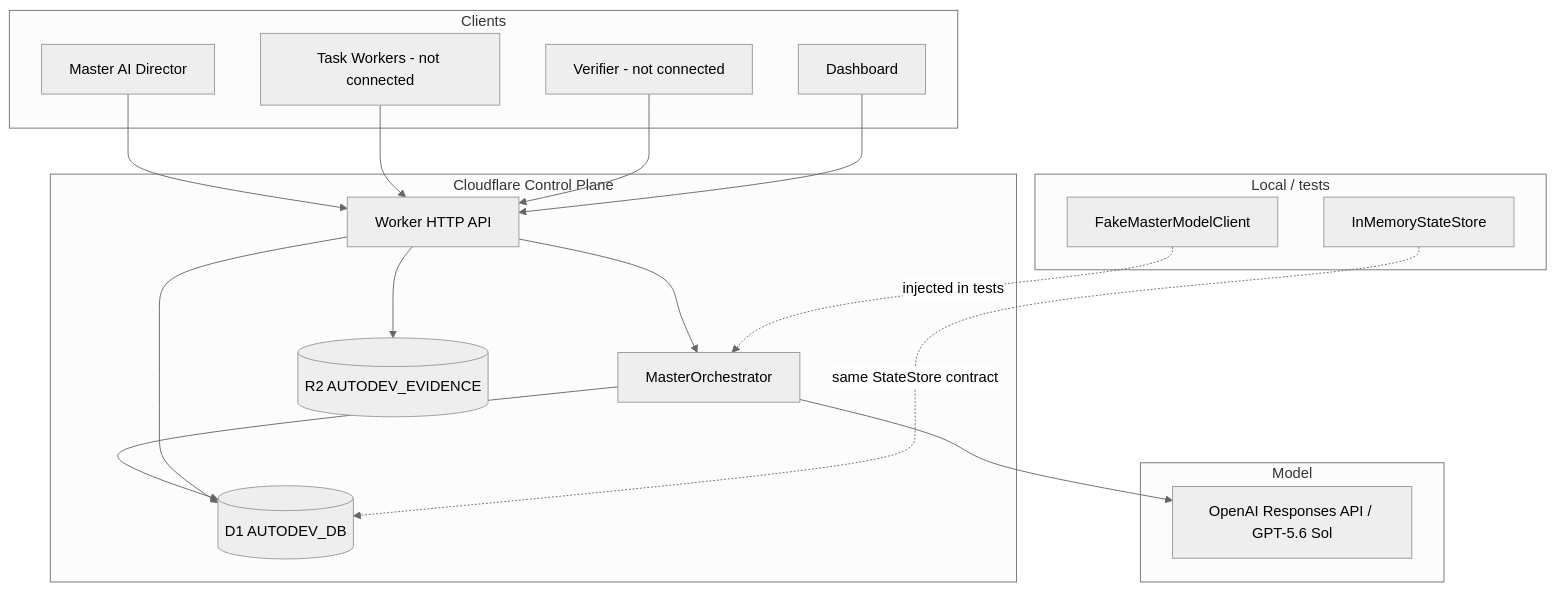
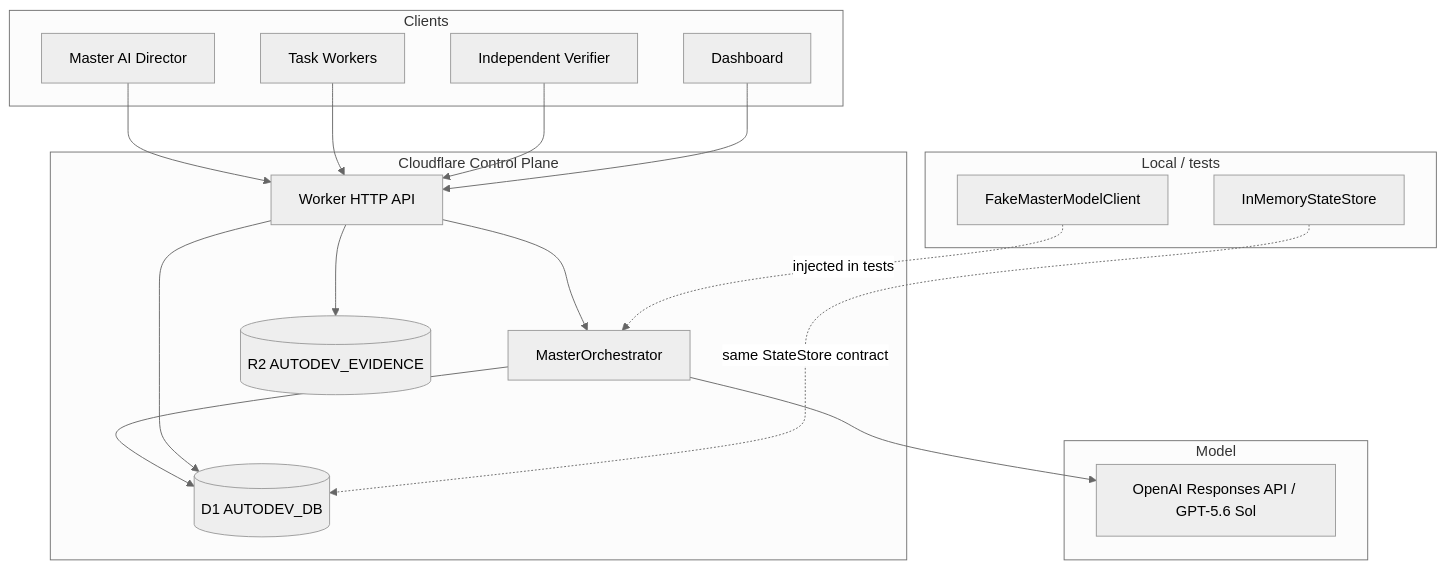
The diagram in README.md (ACD052709/assayer-autodev), drawn with Mermaid (neutral theme) before and after one commit. The commit also changed other lines of this file and 92 other files, not shown here.

````diff
--- a/README.md
+++ b/README.md
@@ -9,37 +11,37 @@
 ```mermaid
 flowchart TB
   subgraph clients [Clients]
     MA[Master AI Director]
-    WK[Task Workers - not connected]
-    VF[Verifier - not connected]
+    WK[Task Workers]
+    VF[Independent Verifier]
     DB[Dashboard]
   end
 
   subgraph control [Cloudflare Control Plane]
     API[Worker HTTP API]
     ORCH[MasterOrchestrator]
     D1[(D1 AUTODEV_DB)]
     R2[(R2 AUTODEV_EVIDENCE)]
   end
 
   subgraph models [Model]
     OAI[OpenAI Responses API / GPT-5.6 Sol]
   end
 
   subgraph local [Local / tests]
     MEM[InMemoryStateStore]
     FAKE[FakeMasterModelClient]
   end
 
   MA --> API
   WK --> API
   VF --> API
   DB --> API
   API --> ORCH
   ORCH --> D1
   ORCH --> OAI
   API --> D1
   API --> R2
   MEM -.->|same StateStore contract| D1
   FAKE -.->|injected in tests| ORCH
 ```
````
